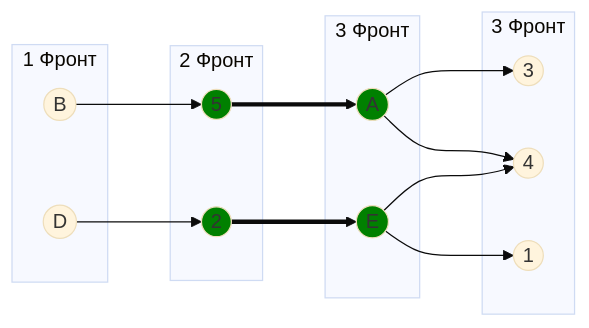
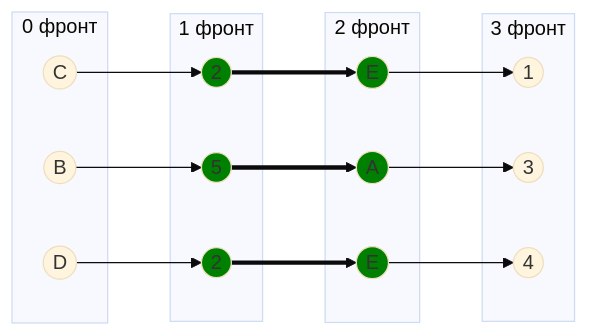
The second of 9 diagrams in Задание 8/DIVI.md (algos-ris-24-5/manual-tasks), drawn with Mermaid (base theme) before and after one commit. The commit also changed other lines of this file, not shown here.

````diff
--- a/Задание 8/DIVI.md
+++ b/Задание 8/DIVI.md
@@ -46,32 +47,39 @@
 ```mermaid
 graph LR
-    subgraph "1 Фронт"
+    subgraph "0 фронт"
         B((B))
+        C((C))
         D((D))
     end
-    subgraph "2 Фронт"
+    subgraph "1 фронт"
         5((5))
-        2((2))
+        2_1((2))
+        2_2((2))
     end
-    subgraph "3 Фронт"
+    subgraph "2 фронт"
         A((A))
         E((E))
+        E_1((E))
     end
-    subgraph "3 Фронт"
+    subgraph "3 фронт"
+        3((3))
         1((1))
-        3((3))
         4((4))
     end
-    B --> 5 ==> A --> 3
-    A --> 4
-    E --> 4
-    D --> 2 ==> E --> 1
 
-    
+    B --> 5 ==> A
+    C --> 2_1 ==> E
+    A --> 3
+    E --> 1
+    E_1 --> 4
+    D --> 2_2 
+    2_2 ==> E_1
 
+
+    style 5 fill:#008000
+    style 2_1 fill:#008000
+    style 2_2 fill:#008000
     style A fill:#008000
     style E fill:#008000
-    style 5 fill:#008000
-    style 2 fill:#008000
-
+    style E_1 fill:#008000
 ```
````
